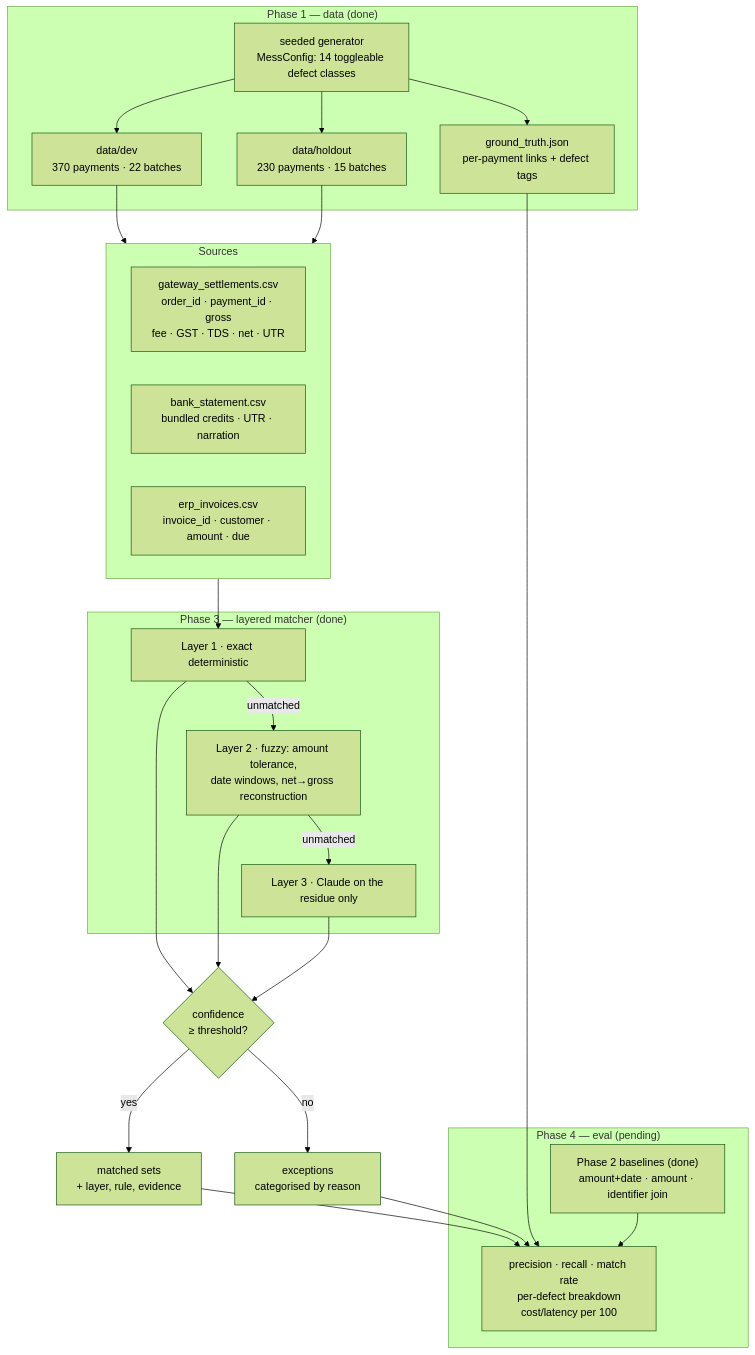
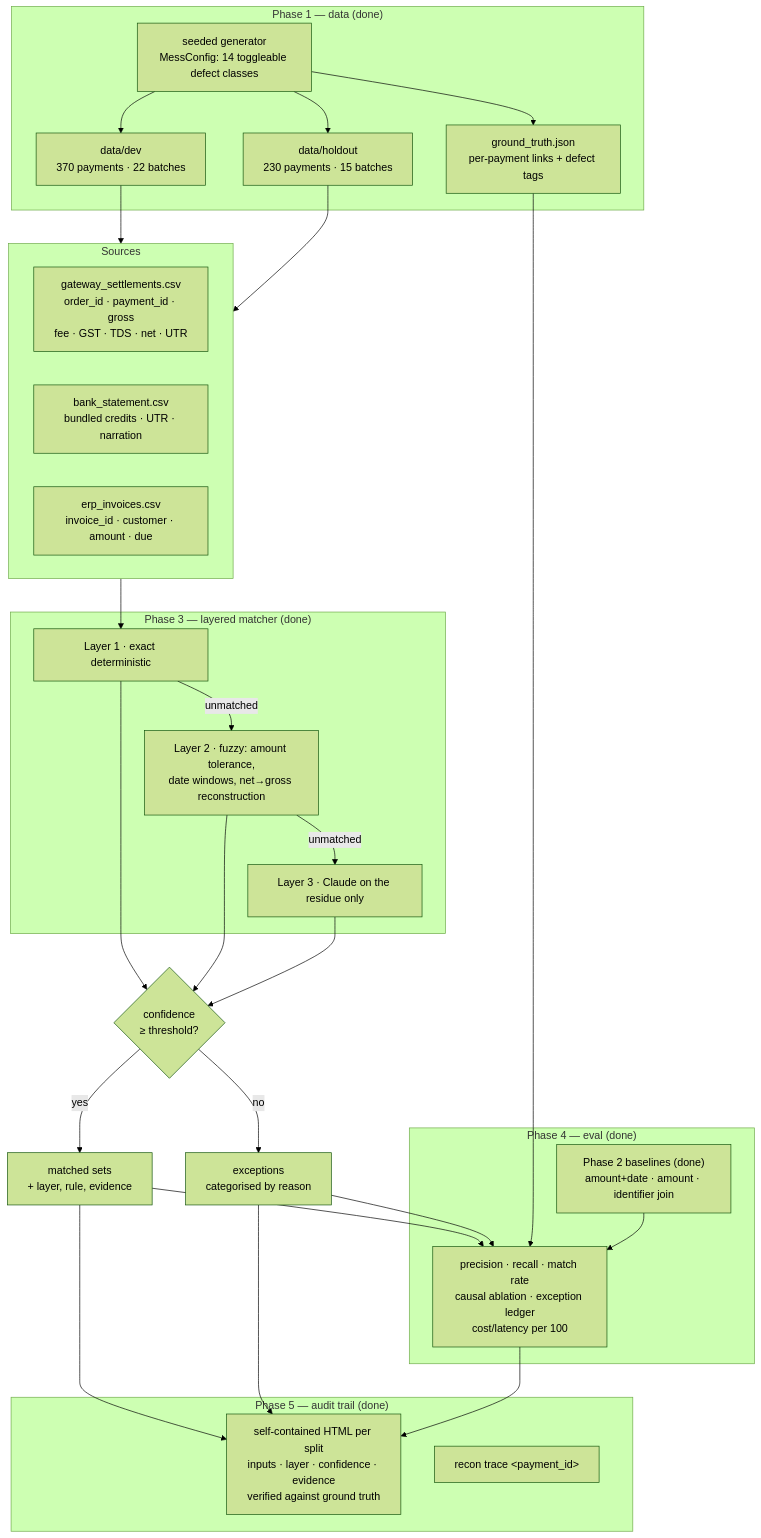
Before and after one commit to PulipatiPranav/razorpay-reconciliation-agent: the diagram in README.md, drawn with Mermaid (forest theme). The commit also changed other lines of this file and 4 other files, not shown here.

First line of the commit message:
Phase 5: self-contained HTML audit trail and a terminal trace command

````diff
--- a/README.md
+++ b/README.md
@@ -15,39 +15,47 @@
 ```mermaid
 flowchart TB
     subgraph P1["Phase 1 — data (done)"]
         GEN["seeded generator<br/>MessConfig: 14 toggleable defect classes"]
         GEN --> DEV["data/dev<br/>370 payments · 22 batches"]
         GEN --> HOLD["data/holdout<br/>230 payments · 15 batches"]
         GEN --> GT["ground_truth.json<br/>per-payment links + defect tags"]
     end
 
     subgraph SRC["Sources"]
         GW["gateway_settlements.csv<br/>order_id · payment_id · gross<br/>fee · GST · TDS · net · UTR"]
         BANK["bank_statement.csv<br/>bundled credits · UTR · narration"]
         ERP["erp_invoices.csv<br/>invoice_id · customer · amount · due"]
     end
 
     DEV --> SRC
     HOLD --> SRC
 
     subgraph P3["Phase 3 — layered matcher (done)"]
         L1["Layer 1 · exact deterministic"]
         L2["Layer 2 · fuzzy: amount tolerance,<br/>date windows, net→gross reconstruction"]
         L3["Layer 3 · Claude on the residue only"]
         L1 -->|unmatched| L2 -->|unmatched| L3
     end
 
     SRC --> L1
     L1 & L2 & L3 --> CONF{"confidence<br/>≥ threshold?"}
     CONF -->|yes| MATCH["matched sets<br/>+ layer, rule, evidence"]
     CONF -->|no| EXC["exceptions<br/>categorised by reason"]
 
-    subgraph P4["Phase 4 — eval (pending)"]
+    subgraph P4["Phase 4 — eval (done)"]
         BASE["Phase 2 baselines (done)<br/>amount+date · amount · identifier join"]
-        EVAL["precision · recall · match rate<br/>per-defect breakdown<br/>cost/latency per 100"]
+        EVAL["precision · recall · match rate<br/>causal ablation · exception ledger<br/>cost/latency per 100"]
     end
 
     MATCH & EXC --> EVAL
     GT --> EVAL
     BASE --> EVAL
+
+    subgraph P5["Phase 5 — audit trail (done)"]
+        HTML["self-contained HTML per split<br/>inputs · layer · confidence · evidence<br/>verified against ground truth"]
+        CLI["recon trace &lt;payment_id&gt;"]
+    end
+
+    MATCH & EXC --> HTML
+    EVAL --> HTML
 ```
````
